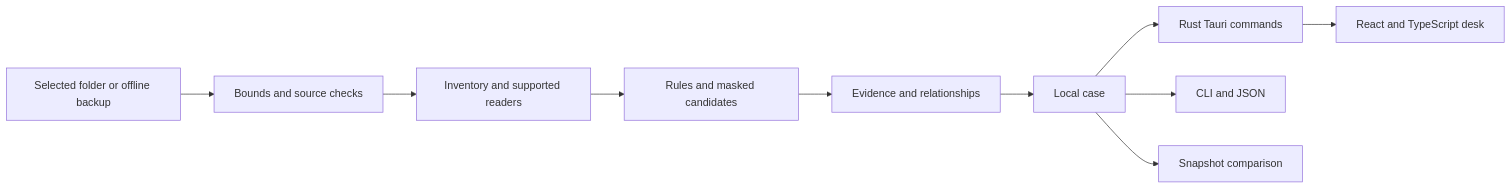
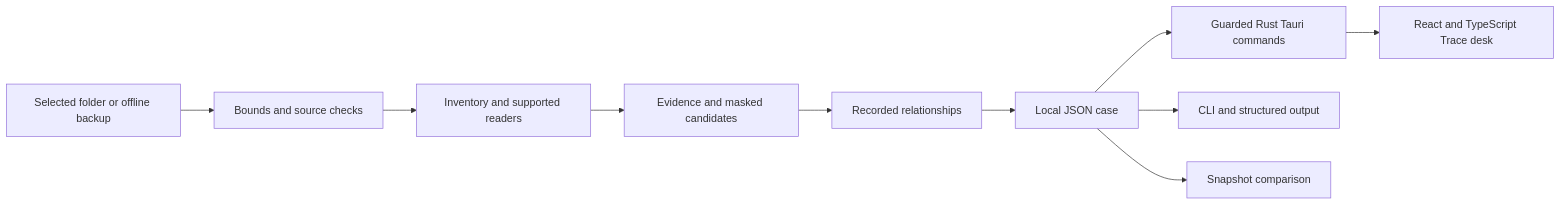
The diagram in README.md (Forem0/ENGRAM), drawn with Mermaid before and after one commit. The commit also changed other lines of this file and 38 other files, not shown here.

````diff
--- a/README.md
+++ b/README.md
@@ -120,12 +240,12 @@
 ```mermaid
 flowchart LR
     S[Selected folder or offline backup] --> B[Bounds and source checks]
-    B --> I[Inventory and supported readers]
-    I --> R[Rules and masked candidates]
-    R --> L[Evidence and relationships]
-    L --> C[Local case]
-    C --> D[Rust Tauri commands]
-    D --> U[React and TypeScript desk]
-    C --> T[CLI and JSON]
+    B --> R[Inventory and supported readers]
+    R --> E[Evidence and masked candidates]
+    E --> L[Recorded relationships]
+    L --> C[Local JSON case]
+    C --> D[Guarded Rust Tauri commands]
+    D --> U[React and TypeScript Trace desk]
+    C --> T[CLI and structured output]
     C --> V[Snapshot comparison]
 ```
````
